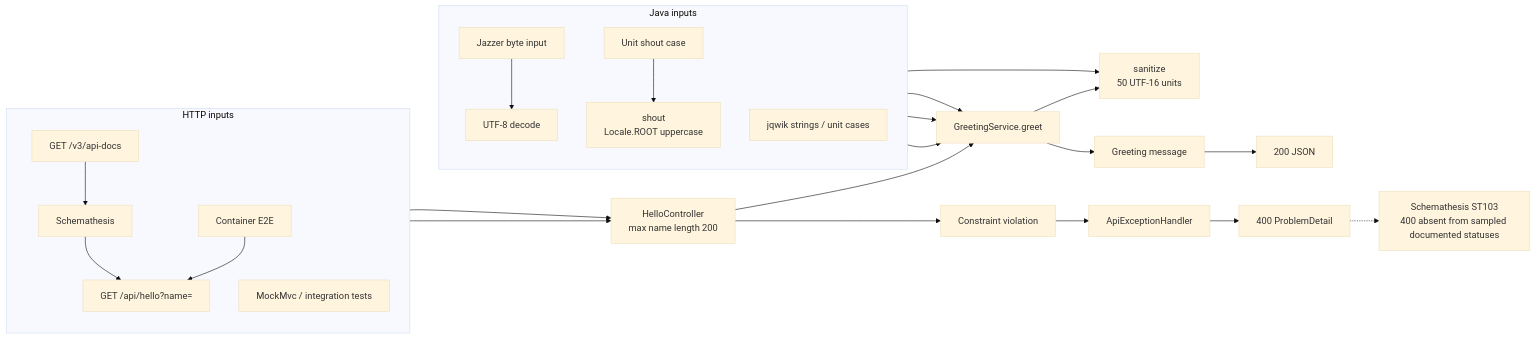
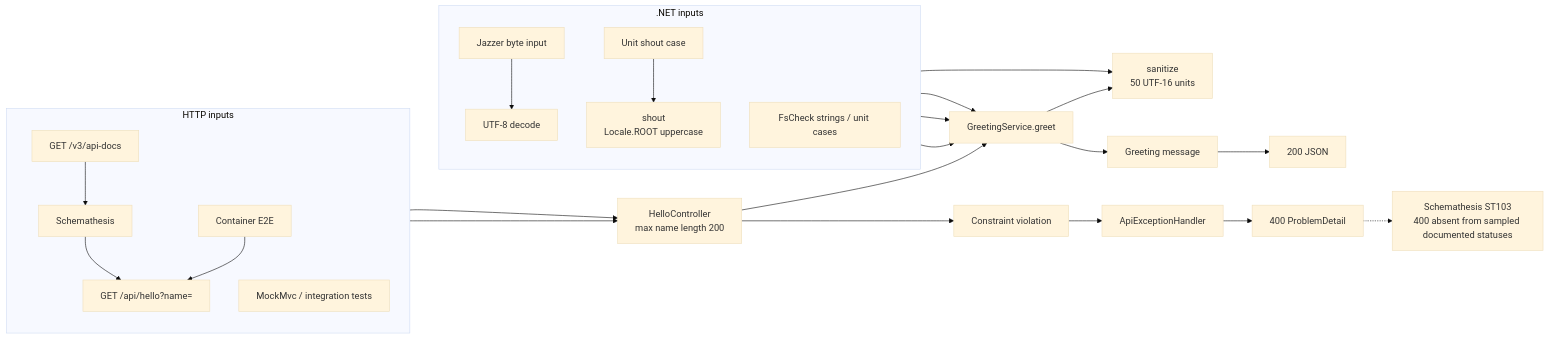
The diagram in docs/reports/fuzzing-summary-2026-11-10.md (ChristianPresley/agentic-pipelines), drawn with Mermaid (base theme) before and after one commit. The commit also changed other lines of this file and 30 other files, not shown here.

Commit message:
docs: replace Java/Spring/Maven with .NET 11 and WSLC across docs and site

````diff
--- a/docs/reports/fuzzing-summary-2026-11-10.md
+++ b/docs/reports/fuzzing-summary-2026-11-10.md
@@ -55,29 +55,29 @@
 ```mermaid
 flowchart LR
-  subgraph JavaIn["Java inputs"]
+  subgraph DotnetIn[".NET inputs"]
     direction TB
     Bytes["Jazzer byte input"] --> Decode["UTF-8 decode"]
-    Strings["jqwik strings / unit cases"]
+    Strings["FsCheck strings / unit cases"]
     Unit["Unit shout case"] --> Shout["shout<br/>Locale.ROOT uppercase"]
   end
   subgraph HttpIn["HTTP inputs"]
     direction TB
     Schema["GET /v3/api-docs"] --> Schem["Schemathesis"] --> Request["GET /api/hello?name="]
     E2E["Container E2E"] --> Request
     MVC["MockMvc / integration tests"]
   end
   Sanitize["sanitize<br/>50 UTF-16 units"]
   Greet["GreetingService.greet"]
   Controller["HelloController<br/>max name length 200"]
   Decode --> Greet
   Strings --> Greet
   Strings --> Sanitize
   Shout --> Greet
   Greet --> Sanitize
   Request --> Controller
   MVC --> Controller
   Controller --> Greet
   Greet --> DTO["Greeting message"] --> JSON["200 JSON"]
   Controller --> Violation["Constraint violation"] --> Handler["ApiExceptionHandler"] --> Problem["400 ProblemDetail"]
   Problem -.-> ST["Schemathesis ST103<br/>400 absent from sampled documented statuses"]
 ```
````
